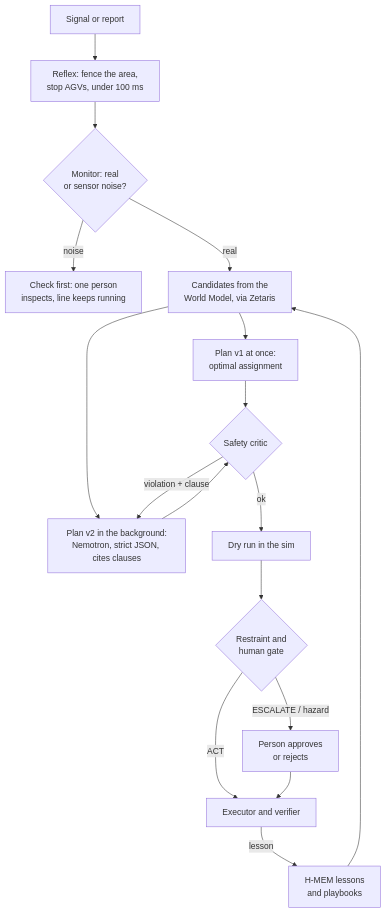
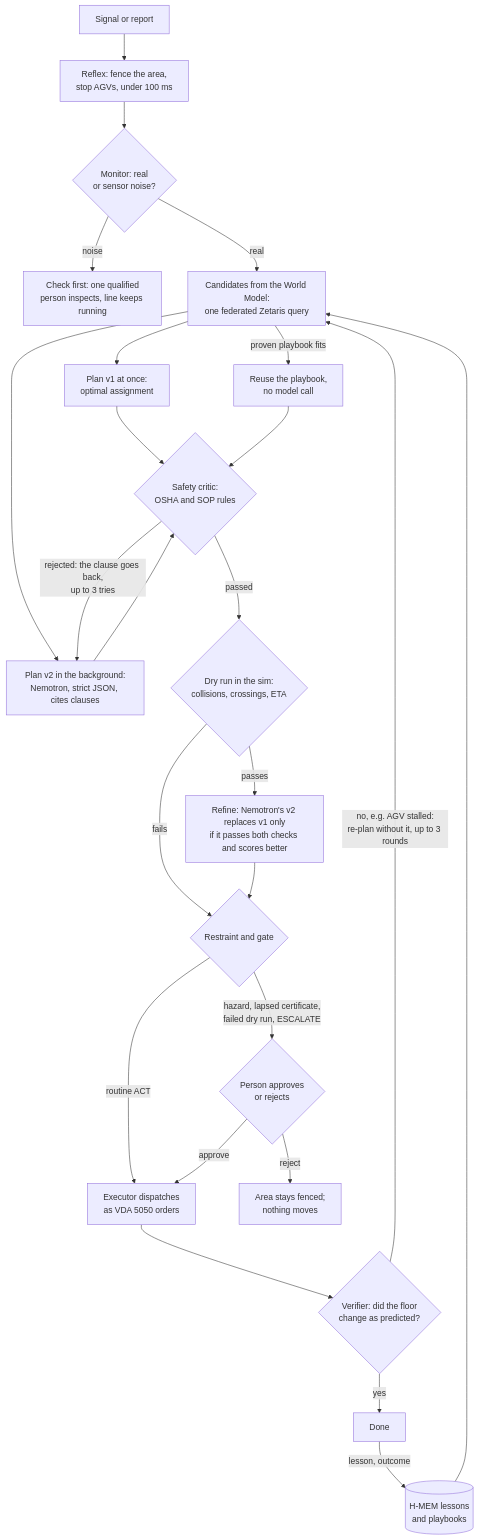
The diagram in README.md (Hemanth-Raja/shopfloor-os), drawn with Mermaid before and after one commit.

Commit message:
README: the incident flowchart matches the code (playbook reuse, critic retries, dry-run failure goes to the gate, refine, reject keeps the area fenced, verifier re-plans up to 3 rounds, VDA 5050 dispatch)

````diff
--- a/README.md
+++ b/README.md
@@ -74,19 +74,27 @@
 ```mermaid
 flowchart TD
   S[Signal or report] --> R[Reflex: fence the area,<br/>stop AGVs, under 100 ms]
   R --> M{Monitor: real<br/>or sensor noise?}
-  M -- noise --> V[Check first: one person<br/>inspects, line keeps running]
-  M -- real --> C[Candidates from the<br/>World Model, via Zetaris]
-  H[H-MEM lessons<br/>and playbooks] --> C
+  M -- "noise" --> V[Check first: one qualified<br/>person inspects, line keeps running]
+  M -- "real" --> C[Candidates from the World Model:<br/>one federated Zetaris query]
+  H[(H-MEM lessons<br/>and playbooks)] --> C
+  C -- "proven playbook fits" --> PB[Reuse the playbook,<br/>no model call]
   C --> P1[Plan v1 at once:<br/>optimal assignment]
   C --> P2[Plan v2 in the background:<br/>Nemotron, strict JSON, cites clauses]
-  P1 --> K{Safety critic}
+  P1 --> K{Safety critic:<br/>OSHA and SOP rules}
   P2 --> K
-  K -- "violation + clause" --> P2
-  K -- ok --> D[Dry run in the sim]
-  D --> G{Restraint and<br/>human gate}
-  G -- ACT --> E[Executor and verifier]
-  G -- "ESCALATE / hazard" --> U[Person approves<br/>or rejects]
-  U --> E
-  E -- lesson --> H
+  PB --> K
+  K -- "rejected: the clause goes back,<br/>up to 3 tries" --> P2
+  K -- "passed" --> D{Dry run in the sim:<br/>collisions, crossings, ETA}
+  D -- "passes" --> RF[Refine: Nemotron's v2 replaces v1 only<br/>if it passes both checks and scores better]
+  D -- "fails" --> G
+  RF --> G{Restraint and gate}
+  G -- "routine ACT" --> E[Executor dispatches<br/>as VDA 5050 orders]
+  G -- "hazard, lapsed certificate,<br/>failed dry run, ESCALATE" --> U{Person approves<br/>or rejects}
+  U -- "approve" --> E
+  U -- "reject" --> X[Area stays fenced;<br/>nothing moves]
+  E --> VF{Verifier: did the floor<br/>change as predicted?}
+  VF -- "no, e.g. AGV stalled:<br/>re-plan without it, up to 3 rounds" --> C
+  VF -- "yes" --> L[Done]
+  L -- "lesson, outcome" --> H
 ```
````
